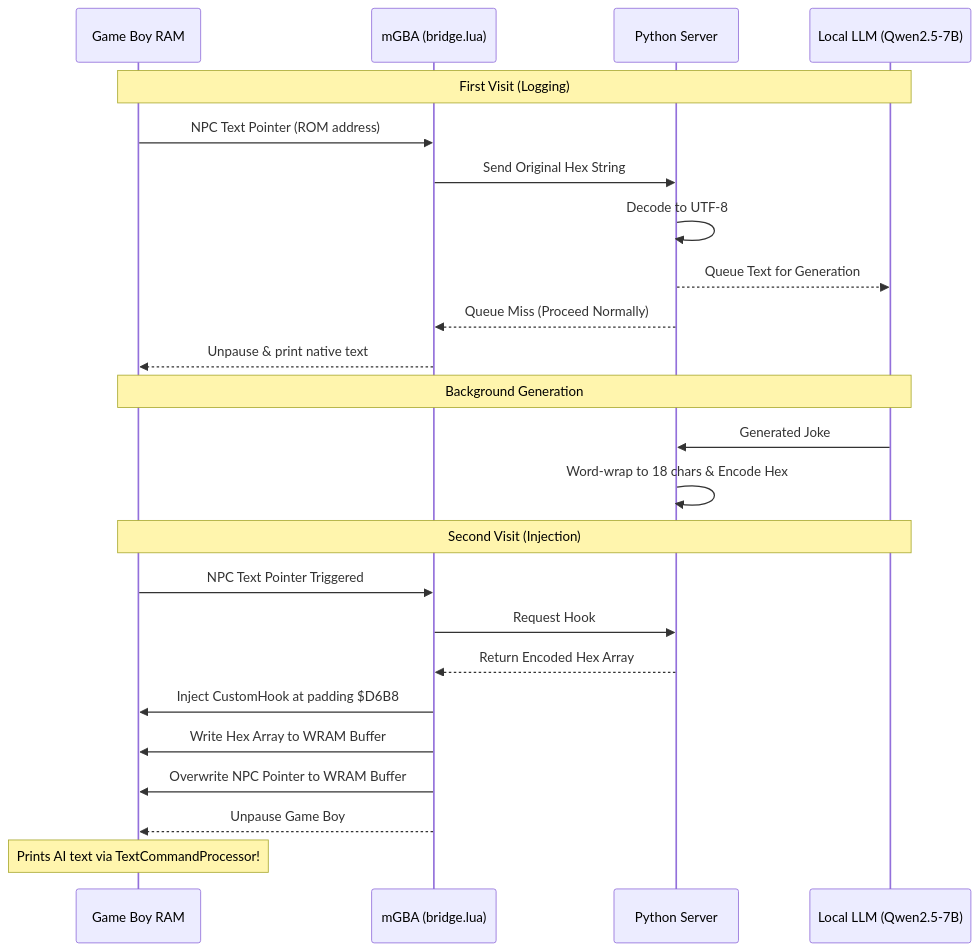
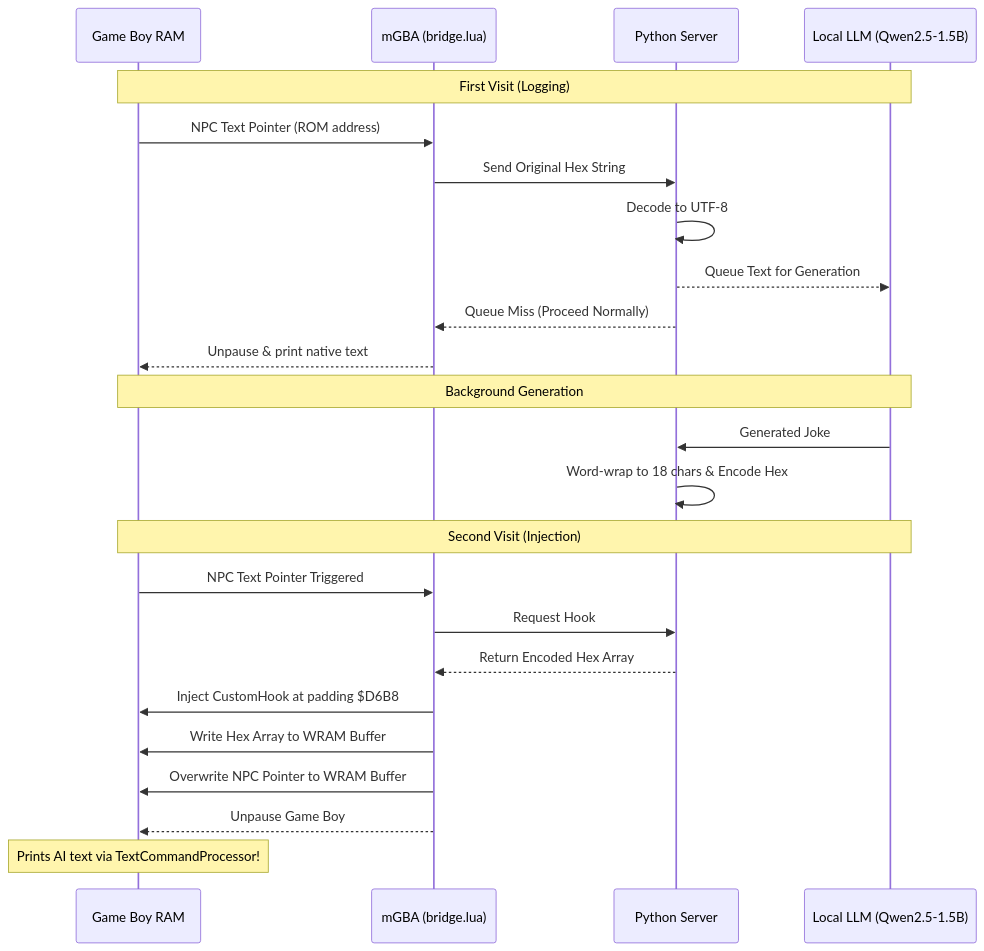
One commit to Khushalzz/Pok-AI-mon-Red changed the first of 2 diagrams in README.md. Above: the diagram before and after it, drawn with Mermaid. The commit also changed other lines of this file, not shown here.

Commit message:
Fix model reference: Update Qwen2.5-7B to Qwen2.5-1.5B

````diff
--- a/README.md
+++ b/README.md
@@ -24,29 +24,29 @@
 ```mermaid
 sequenceDiagram
     participant GB as Game Boy RAM
     participant LUA as mGBA (bridge.lua)
     participant PY as Python Server
-    participant AI as Local LLM (Qwen2.5-7B)
+    participant AI as Local LLM (Qwen2.5-1.5B)
     
     Note over GB,AI: First Visit (Logging)
     GB->>LUA: NPC Text Pointer (ROM address)
     LUA->>PY: Send Original Hex String
     PY->>PY: Decode to UTF-8
     PY-->>AI: Queue Text for Generation
     PY-->>LUA: Queue Miss (Proceed Normally)
     LUA-->>GB: Unpause & print native text
     
     Note over GB,AI: Background Generation
     AI->>PY: Generated Joke
     PY->>PY: Word-wrap to 18 chars & Encode Hex
     
     Note over GB,AI: Second Visit (Injection)
     GB->>LUA: NPC Text Pointer Triggered
     LUA->>PY: Request Hook
     PY-->>LUA: Return Encoded Hex Array
     LUA->>GB: Inject CustomHook at padding $D6B8
     LUA->>GB: Write Hex Array to WRAM Buffer
     LUA->>GB: Overwrite NPC Pointer to WRAM Buffer
     LUA-->>GB: Unpause Game Boy
     Note over GB: Prints AI text via TextCommandProcessor!
 ```
````
